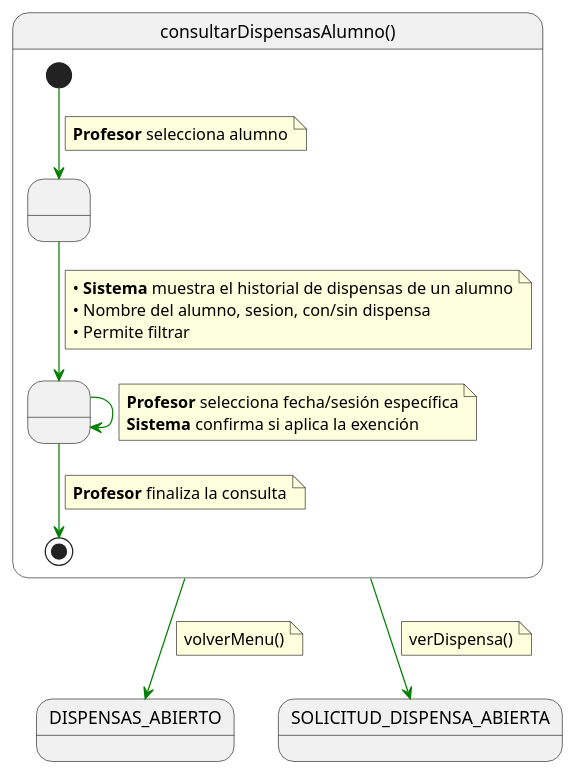
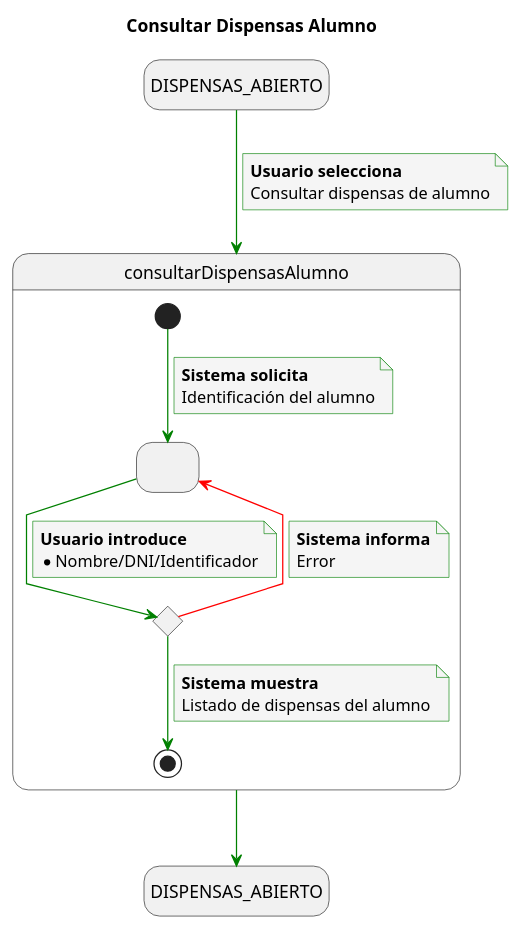
Before and after one commit to enmabry/25-26-IdSw1-SdR: the diagram in documents/CasosDeUso/DetalladoCasosDeUso/Profesor/consultarDispensasAlumno.puml, drawn with PlantUML. The commit also changed 12 other files, not shown here.

```diff
--- a/documents/CasosDeUso/DetalladoCasosDeUso/Profesor/consultarDispensasAlumno.puml
+++ b/documents/CasosDeUso/DetalladoCasosDeUso/Profesor/consultarDispensasAlumno.puml
@@ -1,44 +1,53 @@
-@startuml consultarDispensasAlumno
+@startuml
+title Consultar Dispensas Alumno
 
-skinparam linetype polyline
+skinparam {
+    NoteBackgroundColor #whiteSmoke
+    ArrowColor #green
+    NoteBorderColor #green
+    linetype polyline
+}
 
-state consultarDispensasAlumno as "consultarDispensasAlumno()" {
+hide empty description
 
-  state " " as AlumnoSeleccionado
-  state " " as FiltrandoLista
+state startState as "DISPENSAS_ABIERTO"
+state endState as "DISPENSAS_ABIERTO"
 
-    [*] -[#green]-> AlumnoSeleccionado
+startState --> consultarDispensasAlumno
+note on link
+    <b>Usuario selecciona</b>
+    Consultar dispensas de alumno
+end note
+
+state consultarDispensasAlumno {
+    state IngresoDatos as " "
+    state ValidarAlumno <<choice>>
+
+    [*] --> IngresoDatos
     note on link
-    <b>Profesor</b> selecciona alumno
+        <b>Sistema solicita</b>
+        Identificación del alumno
     end note
 
-    AlumnoSeleccionado -[#green]-> FiltrandoLista 
+    IngresoDatos --> ValidarAlumno
     note on link
-      • <b>Sistema</b> muestra el historial de dispensas de un alumno
-      • Nombre del alumno, sesion, con/sin dispensa
-      • Permite filtrar
+        <b>Usuario introduce</b>
+        * Nombre/DNI/Identificador
     end note
 
-    FiltrandoLista -[#green]-> FiltrandoLista
+    ValidarAlumno -[#red]-> IngresoDatos
     note on link
-    <b>Profesor</b> selecciona fecha/sesión específica
-    <b>Sistema</b> confirma si aplica la exención
+        <b>Sistema informa</b>
+        Error
     end note
 
-    FiltrandoLista -[#green]-> [*]
+    ValidarAlumno --> [*]
     note on link
-      <b>Profesor</b> finaliza la consulta
+        <b>Sistema muestra</b>
+        Listado de dispensas del alumno
     end note
 }
 
-consultarDispensasAlumno -[#green]-> DISPENSAS_ABIERTO
-note on link
-volverMenu()
-end note
-
-consultarDispensasAlumno -[#green]-> SOLICITUD_DISPENSA_ABIERTA
-note on link
-verDispensa()
-end note
+consultarDispensasAlumno --> endState
 
 @enduml
```
